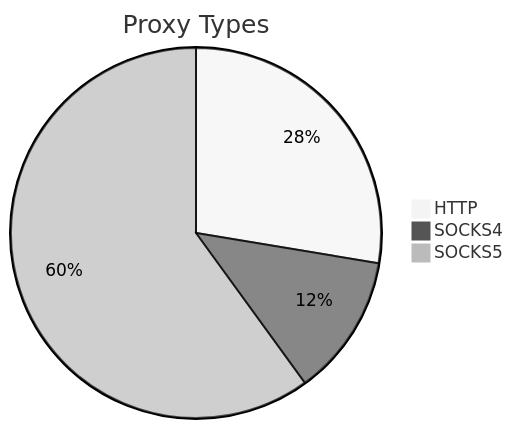
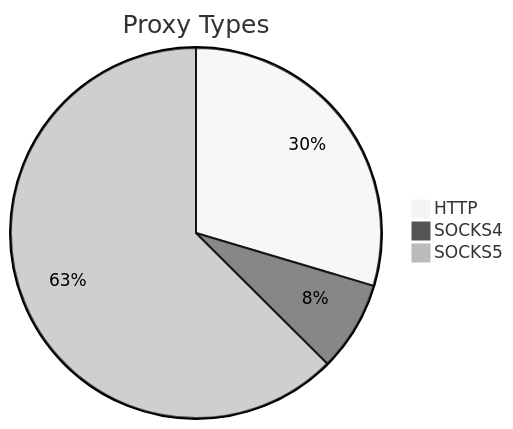
The first of 2 diagrams in README.md (stormsia/proxy-list), drawn with Mermaid (neutral theme) before and after one commit. The commit also changed other lines of this file, not shown here.

````diff
--- a/README.md
+++ b/README.md
@@ -21,6 +21,6 @@
 ```mermaid
 pie title Proxy Types
-    "HTTP" : 145
-    "SOCKS4" : 65
-    "SOCKS5" : 315
+    "HTTP" : 98
+    "SOCKS4" : 26
+    "SOCKS5" : 207
 ```
````
